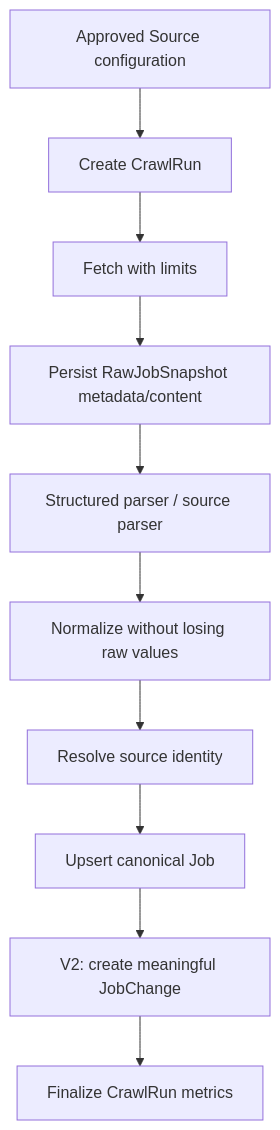
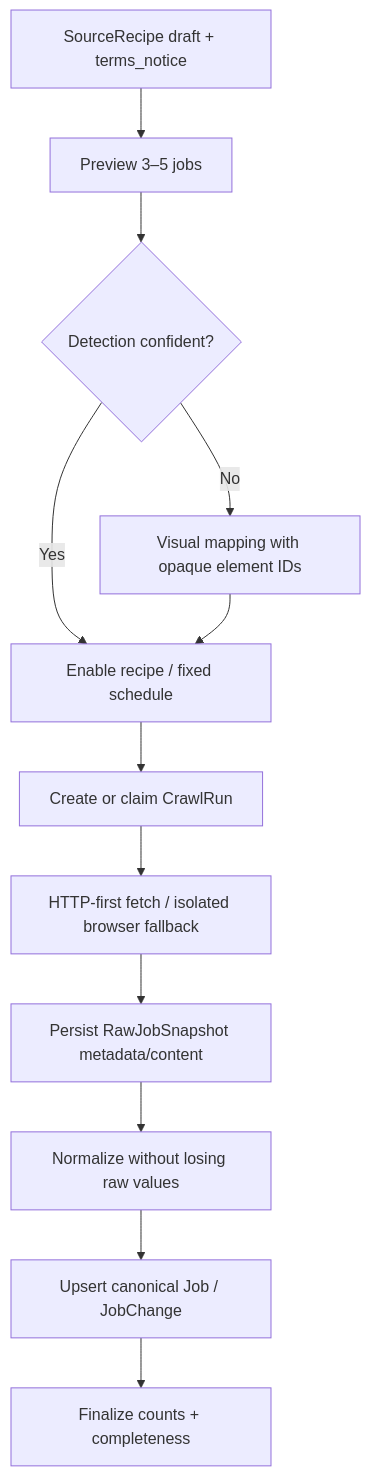
One commit to HPhucTV/DevRadar changed the second of 5 diagrams in docs/ARCHITECTURE.md. Above: the diagram before and after it, drawn with Mermaid. The commit also changed other lines of this file and 19 other files, not shown here.

Commit message:
docs: ship one-click source recipe workflow

````diff
--- a/docs/ARCHITECTURE.md
+++ b/docs/ARCHITECTURE.md
@@ -69,12 +71,14 @@
 ```mermaid
 flowchart TD
-    A["Approved Source configuration"] --> B["Create CrawlRun"]
-    B --> C["Fetch with limits"]
-    C --> D["Persist RawJobSnapshot metadata/content"]
-    D --> E["Structured parser / source parser"]
-    E --> F["Normalize without losing raw values"]
-    F --> G["Resolve source identity"]
-    G --> H["Upsert canonical Job"]
-    H --> I["V2: create meaningful JobChange"]
-    I --> J["Finalize CrawlRun metrics"]
+    A["SourceRecipe draft + terms_notice"] --> B["Preview 3–5 jobs"]
+    B --> C{"Detection confident?"}
+    C -- No --> D["Visual mapping with opaque element IDs"]
+    C -- Yes --> E["Enable recipe / fixed schedule"]
+    D --> E
+    E --> F["Create or claim CrawlRun"]
+    F --> G["HTTP-first fetch / isolated browser fallback"]
+    G --> H["Persist RawJobSnapshot metadata/content"]
+    H --> I["Normalize without losing raw values"]
+    I --> J["Upsert canonical Job / JobChange"]
+    J --> K["Finalize counts + completeness"]
 ```
````
